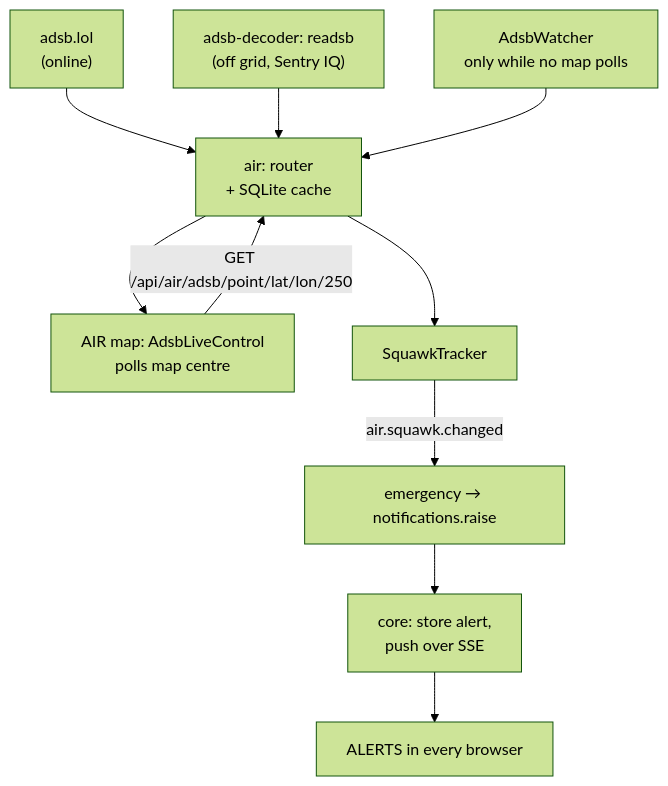
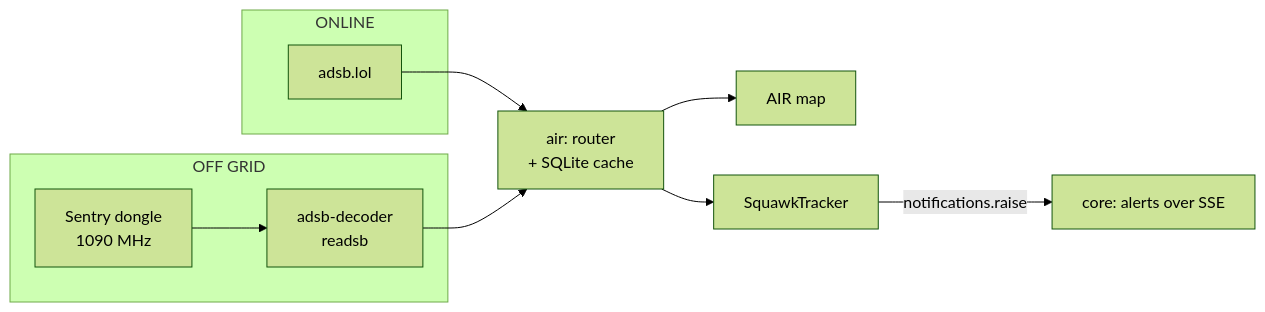
The first of 5 diagrams in docs/architecture/data-flows.md (barrygee/Sentinel), drawn with Mermaid (forest theme) before and after one commit. The commit also changed other lines of this file and 37 other files, not shown here.

````diff
--- a/docs/architecture/data-flows.md
+++ b/docs/architecture/data-flows.md
@@ -11,13 +9,16 @@
 ```mermaid
-flowchart TD
-    adsblol["adsb.lol<br/>(online)"] --> router
-    readsb["adsb-decoder: readsb<br/>(off grid, Sentry IQ)"] --> router
-    browser["AIR map: AdsbLiveControl<br/>polls map centre"] -- "GET /api/air/adsb/point/lat/lon/250" --> router["air: router<br/>+ SQLite cache"]
-    router --> browser
+flowchart LR
+    subgraph airOnline["ONLINE"]
+        adsblol["adsb.lol"]
+    end
+    subgraph airOffgrid["OFF GRID"]
+        sentry["Sentry dongle<br/>1090 MHz"] --> readsb["adsb-decoder<br/>readsb"]
+    end
+    adsblol --> router["air: router<br/>+ SQLite cache"]
+    readsb --> router
+    router --> map["AIR map"]
     router --> tracker["SquawkTracker"]
-    watcher["AdsbWatcher<br/>only while no map polls"] --> router
-    tracker -- "air.squawk.changed" --> alerts["emergency → notifications.raise"]
-    alerts --> core["core: store alert,<br/>push over SSE"]
-    core --> bell["ALERTS in every browser"]
-    class router accent
+    tracker -- "notifications.raise" --> core["core: alerts over SSE"]
+    class airOnline online
+    class airOffgrid offgrid
 ```
````
